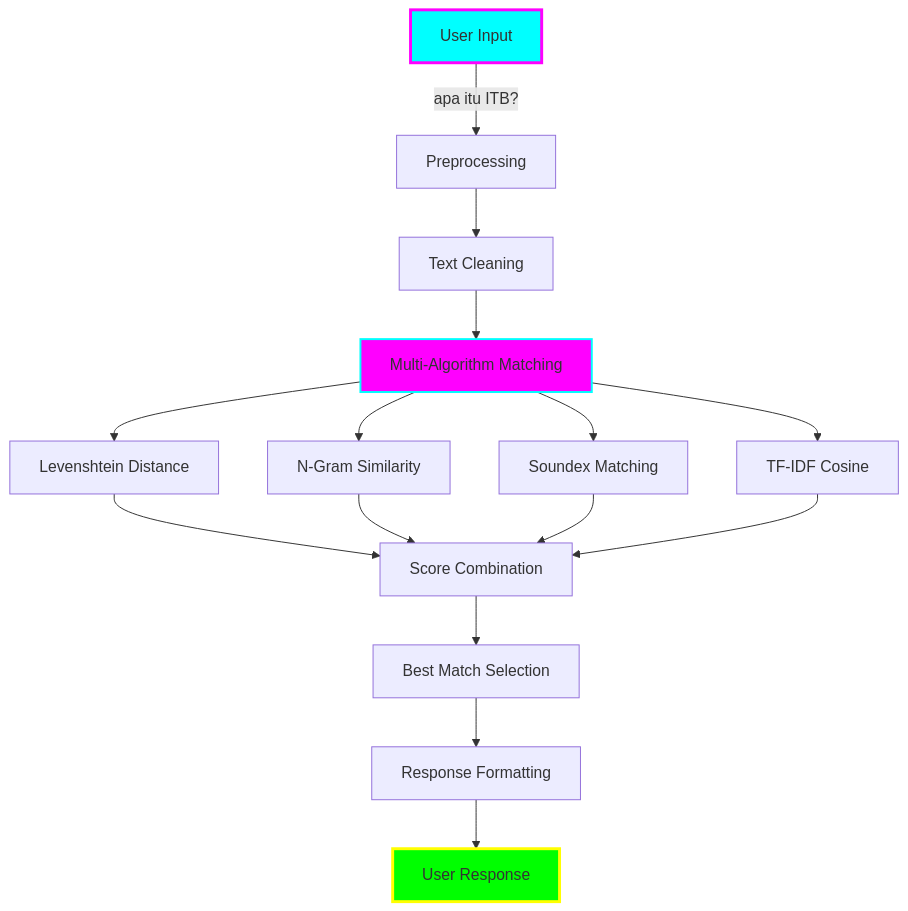
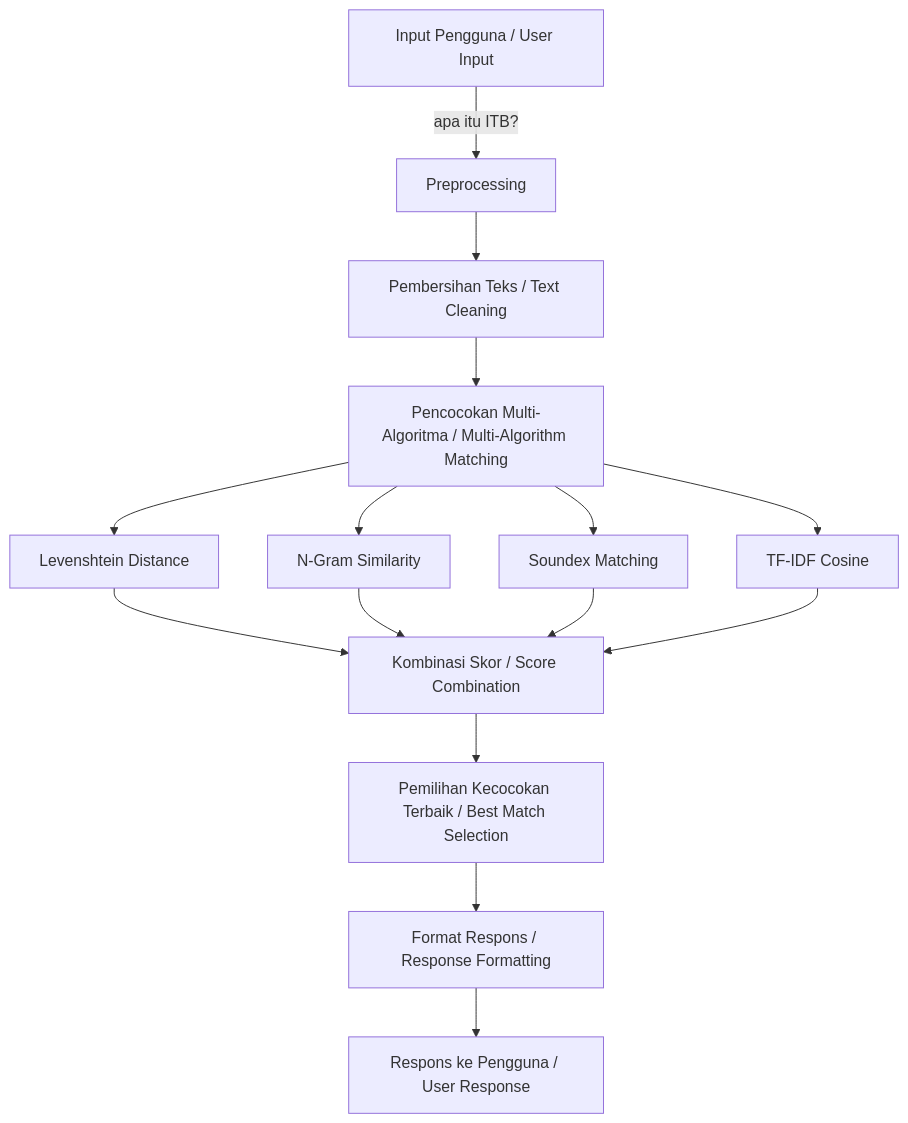
One commit to rlukassa/Makalah_Chatbot changed the diagram in README.md. Above: the diagram before and after it, drawn with Mermaid. The commit also changed other lines of this file and 44 other files, not shown here.

````diff
--- a/README.md
+++ b/README.md
@@ -226,24 +190,20 @@
 ```mermaid
 flowchart TD
-    A[User Input] -->|"apa itu ITB?"| B[Preprocessing]
-    B --> C[Text Cleaning]
-    C --> D[Multi-Algorithm Matching]
-    
+    A[Input Pengguna / User Input] -->|"apa itu ITB?"| B[Preprocessing]
+    B --> C[Pembersihan Teks / Text Cleaning]
+    C --> D[Pencocokan Multi-Algoritma / Multi-Algorithm Matching]
+
     D --> E[Levenshtein Distance]
-    D --> F[N-Gram Similarity] 
+    D --> F[N-Gram Similarity]
     D --> G[Soundex Matching]
     D --> H[TF-IDF Cosine]
-    
-    E --> I[Score Combination]
+
+    E --> I[Kombinasi Skor / Score Combination]
     F --> I
-    G --> I  
+    G --> I
     H --> I
-    
-    I --> J[Best Match Selection]
-    J --> K[Response Formatting]
-    K --> L[User Response]
-    
-    style A fill:#00ffff,stroke:#ff00ff,stroke-width:3px
-    style L fill:#00ff00,stroke:#ffff00,stroke-width:3px
-    style D fill:#ff00ff,stroke:#00ffff,stroke-width:2px
+
+    I --> J[Pemilihan Kecocokan Terbaik / Best Match Selection]
+    J --> K[Format Respons / Response Formatting]
+    K --> L[Respons ke Pengguna / User Response]
 ```
````
